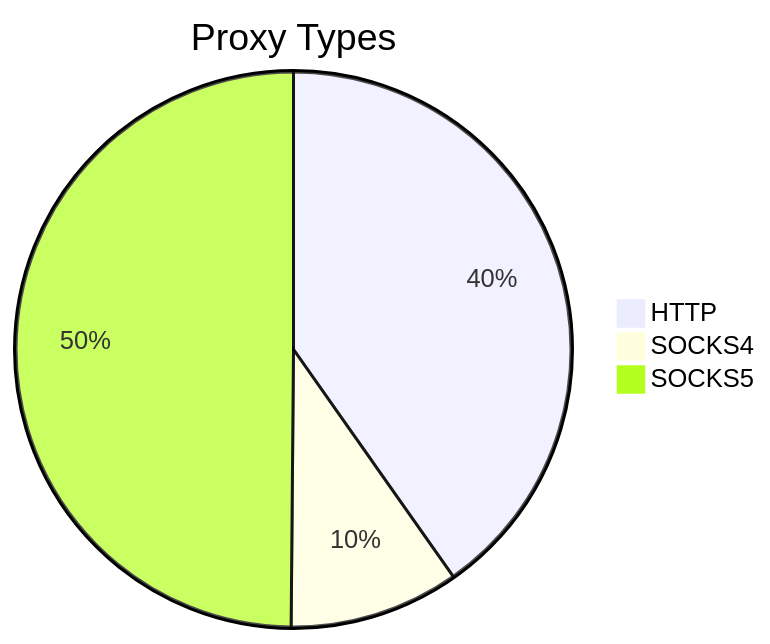
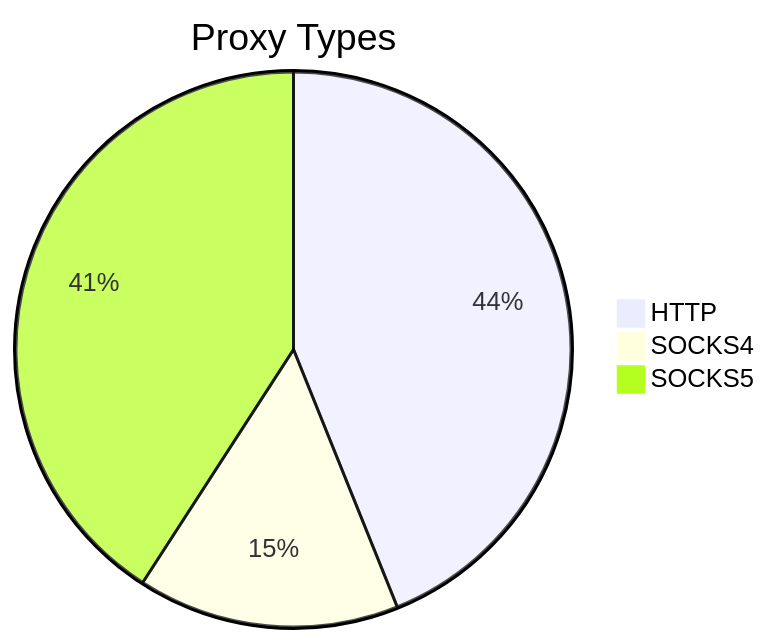
The first of 2 diagrams in README.md (stormsia/proxy-list), drawn with Mermaid before and after one commit. The commit also changed other lines of this file, not shown here.

````diff
--- a/README.md
+++ b/README.md
@@ -21,6 +21,6 @@
 ```mermaid
 pie title Proxy Types
-    "HTTP" : 297
-    "SOCKS4" : 73
-    "SOCKS5" : 368
+    "HTTP" : 533
+    "SOCKS4" : 185
+    "SOCKS5" : 496
 ```
````
